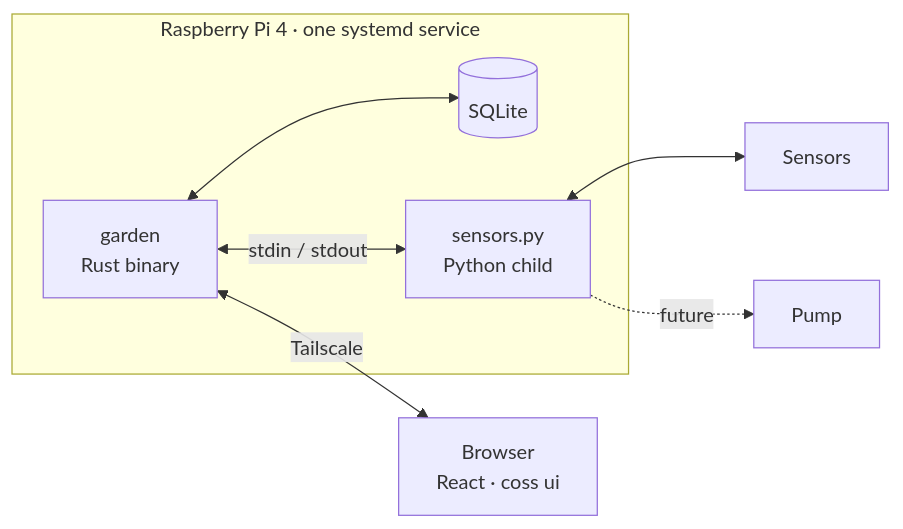
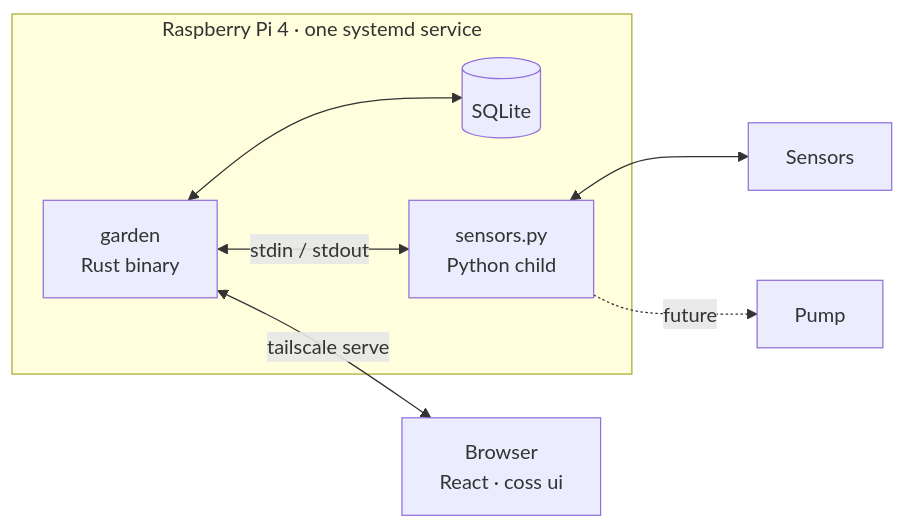
The first of 2 diagrams in ARCHITECTURE.md (JacobMcnelly/Garden_Project_GEAR2026-27), drawn with Mermaid before and after one commit. The commit also changed other lines of this file and 3 other files, not shown here.

First line of the commit message:
Settle architecture decisions and team boundaries

````diff
--- a/ARCHITECTURE.md
+++ b/ARCHITECTURE.md
@@ -9,10 +11,10 @@
 ```mermaid
 flowchart LR
     subgraph Pi4["Raspberry Pi 4 · one systemd service"]
         R["garden<br/>Rust binary"] <--> DB[(SQLite)]
         R <-->|stdin / stdout| P["sensors.py<br/>Python child"]
     end
     P <--> S[Sensors]
-    R <-->|Tailscale| B["Browser<br/>React · coss ui"]
+    R <-->|tailscale serve| B["Browser<br/>React · coss ui"]
     P -.->|future| PU[Pump]
 ```
````
